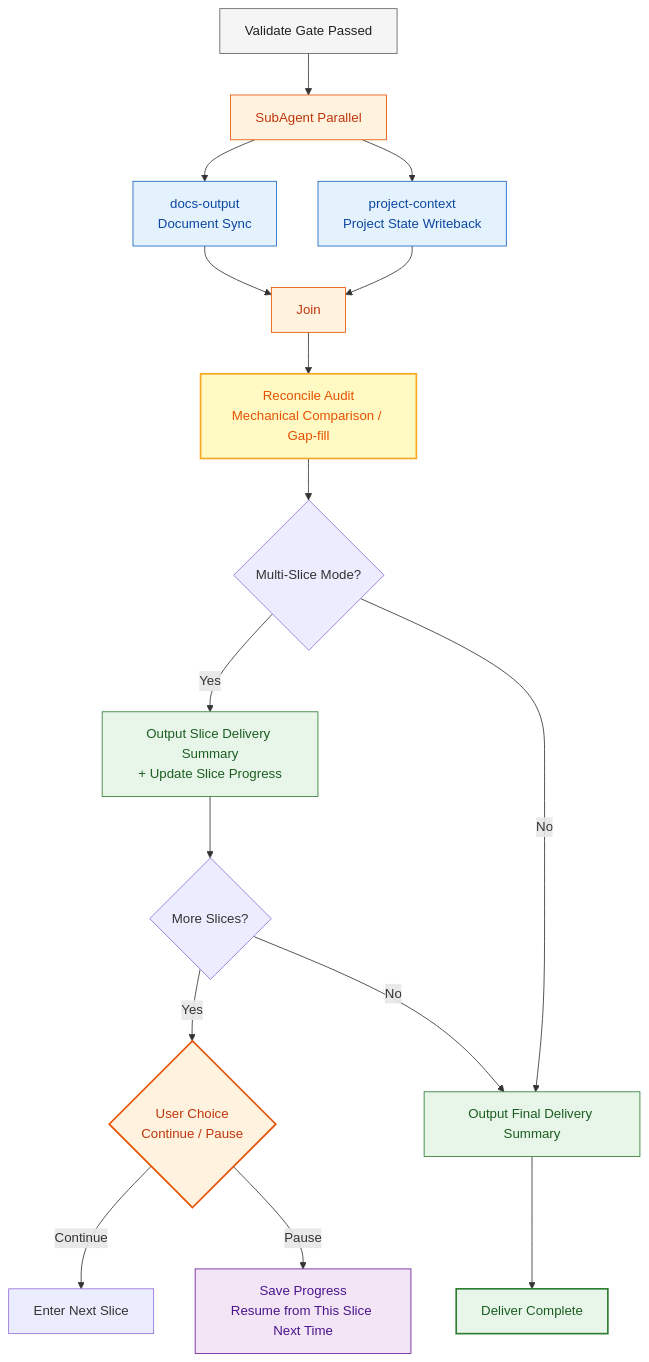
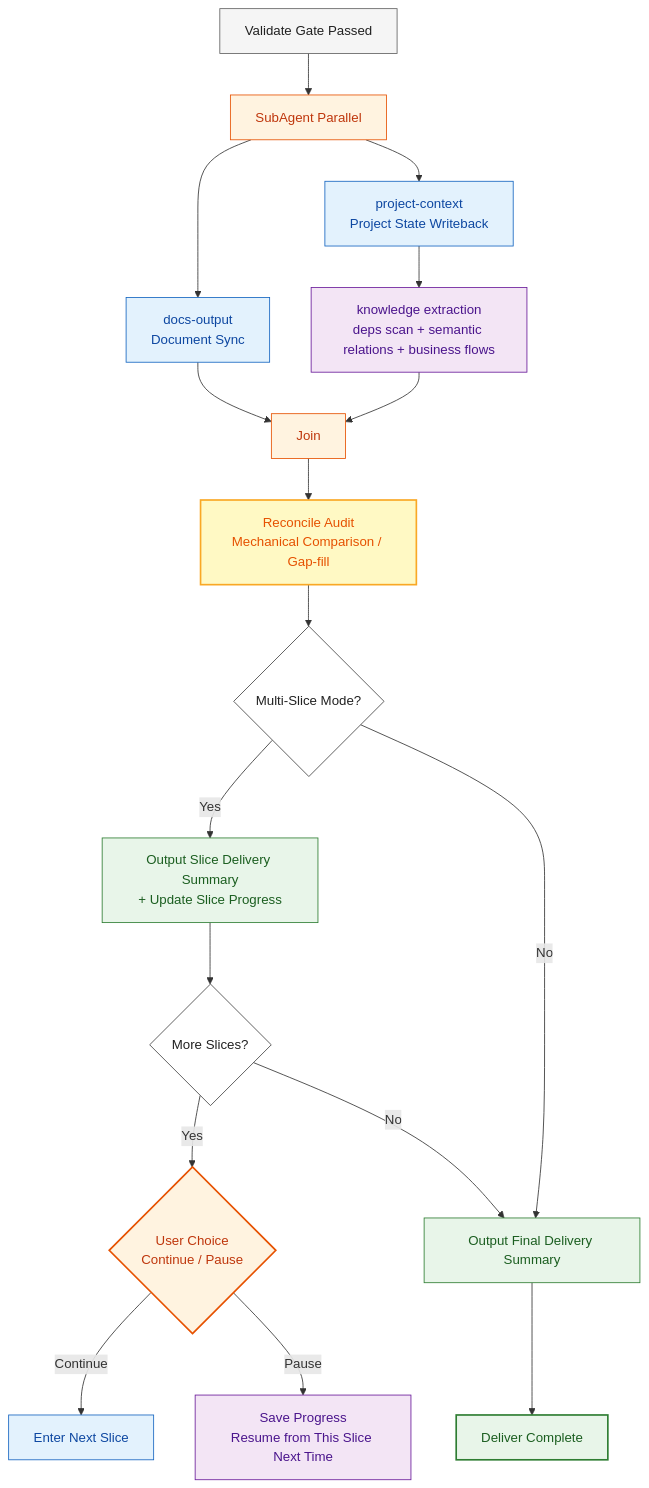
One commit to YuluoY/Ironweave changed the diagram in skills-en/orchestrator/references/deliver.md. Above: the diagram before and after it, drawn with Mermaid. The commit also changed other lines of this file and 16 other files, not shown here.

First line of the commit message:
feat: knowledge graph persistence + mechanical Deliver checklist

````diff
--- a/skills-en/orchestrator/references/deliver.md
+++ b/skills-en/orchestrator/references/deliver.md
@@ -5,30 +5,35 @@
 ```mermaid
 graph TB
     DELIVER_IN["Validate Gate Passed"] --> PARALLEL["SubAgent Parallel"]
     PARALLEL --> DOCS_FINAL["docs-output<br>Document Sync"]
     PARALLEL --> CTX_SYNC["project-context<br>Project State Writeback"]
+    CTX_SYNC --> KNOW["knowledge extraction<br>deps scan + semantic relations + business flows"]
     DOCS_FINAL --> JOIN["Join"]
-    CTX_SYNC --> JOIN
+    KNOW --> JOIN
     JOIN --> RECONCILE["Reconcile Audit<br>Mechanical Comparison / Gap-fill"]
     RECONCILE --> SLICE_CHK{"Multi-Slice Mode?"}
     SLICE_CHK -->|"Yes"| SLICE_SUM["Output Slice Delivery Summary<br>+ Update Slice Progress"]
     SLICE_CHK -->|"No"| FINAL_SUM["Output Final Delivery Summary"]
     SLICE_SUM --> NEXT{"More Slices?"}
     NEXT -->|"Yes"| PAUSE{"User Choice<br>Continue / Pause"}
     NEXT -->|"No"| FINAL_SUM
     PAUSE -->|"Continue"| LOOP["Enter Next Slice"]
     PAUSE -->|"Pause"| SAVE["Save Progress<br>Resume from This Slice Next Time"]
     FINAL_SUM --> DONE["Deliver Complete"]
 
     style DELIVER_IN fill:#f5f5f5,stroke:#616161,color:#212121
     style PARALLEL fill:#fff3e0,stroke:#e65100,color:#bf360c
     style DOCS_FINAL fill:#e3f2fd,stroke:#1565c0,color:#0d47a1
     style CTX_SYNC fill:#e3f2fd,stroke:#1565c0,color:#0d47a1
+    style KNOW fill:#f3e5f5,stroke:#6a1b9a,color:#4a148c
     style JOIN fill:#fff3e0,stroke:#e65100,color:#bf360c
     style RECONCILE fill:#fff9c4,stroke:#f9a825,color:#e65100,stroke-width:2px
     style SLICE_SUM fill:#e8f5e9,stroke:#2e7d32,color:#1b5e20
     style FINAL_SUM fill:#e8f5e9,stroke:#2e7d32,color:#1b5e20
     style DONE fill:#e8f5e9,stroke:#2e7d32,color:#1b5e20,stroke-width:2px
     style PAUSE fill:#fff3e0,stroke:#e65100,color:#bf360c,stroke-width:2px
     style SAVE fill:#f3e5f5,stroke:#6a1b9a,color:#4a148c
+    style SLICE_CHK fill:#ffffff,stroke:#424242,color:#212121
+    style NEXT fill:#ffffff,stroke:#424242,color:#212121
+    style LOOP fill:#e3f2fd,stroke:#1565c0,color:#0d47a1
 ```
````
